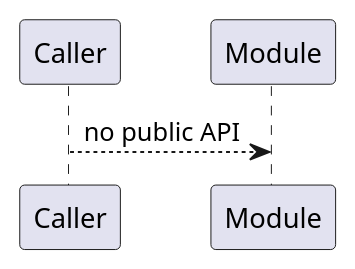
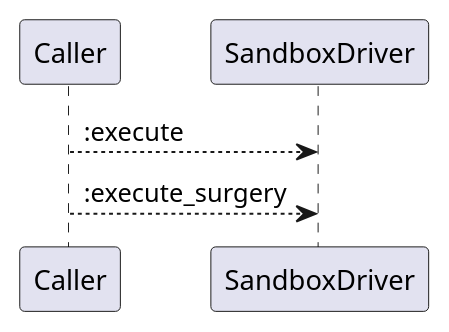
One commit to lgcorzo/rust_CACD_autonomous_factory changed the fifth of 6 diagrams in openwiki/crates_factory_mcp_server_src_sandbox.md. Above: the diagram before and after it, drawn with PlantUML. The commit also changed other lines of this file and 96 other files, not shown here.

````diff
--- a/openwiki/crates_factory_mcp_server_src_sandbox.md
+++ b/openwiki/crates_factory_mcp_server_src_sandbox.md
@@ -269,6 +331,7 @@
 ```plantuml
 @startuml
-Caller --> Module : no public API
+Caller --> SandboxDriver::execute
+Caller --> SandboxDriver::execute_surgery
 @enduml
 
 ```
````
